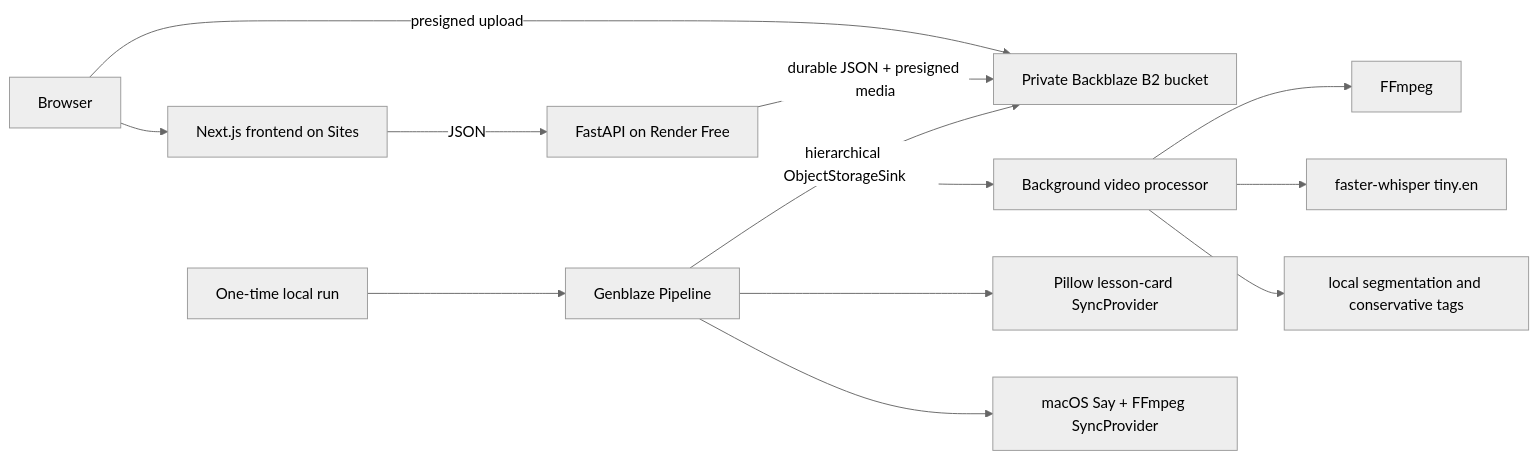
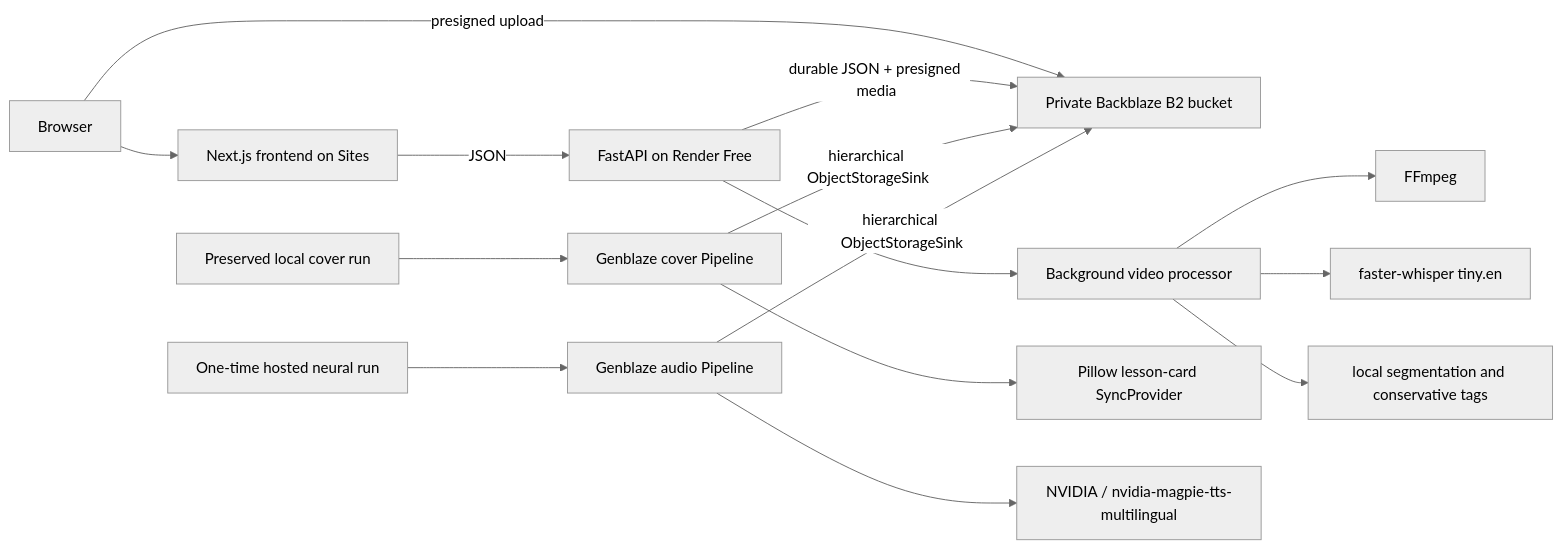
One commit to MarieChantal1998/AARchive changed the diagram in ARCHITECTURE.md. Above: the diagram before and after it, drawn with Mermaid (neutral theme). The commit also changed other lines of this file and 4 other files, not shown here.

Commit message:
Document verified NVIDIA neural narration

````diff
--- a/ARCHITECTURE.md
+++ b/ARCHITECTURE.md
@@ -3,15 +3,17 @@
 ```mermaid
 flowchart LR
     U["Browser"] --> F["Next.js frontend on Sites"]
     U -->|"presigned upload"| B2["Private Backblaze B2 bucket"]
     F -->|"JSON"| API["FastAPI on Render Free"]
     API -->|"durable JSON + presigned media"| B2
     API --> W["Background video processor"]
     W --> FF["FFmpeg"]
     W --> STT["faster-whisper tiny.en"]
     W --> LocalAnalysis["local segmentation and conservative tags"]
-    LocalRun["One-time local run"] --> G["Genblaze Pipeline"]
-    G --> IMG["Pillow lesson-card SyncProvider"]
-    G --> TTS["macOS Say + FFmpeg SyncProvider"]
-    G -->|"hierarchical ObjectStorageSink"| B2
+    LocalRun["Preserved local cover run"] --> CoverG["Genblaze cover Pipeline"]
+    CoverG --> IMG["Pillow lesson-card SyncProvider"]
+    HostedRun["One-time hosted neural run"] --> AudioG["Genblaze audio Pipeline"]
+    AudioG --> TTS["NVIDIA / nvidia-magpie-tts-multilingual"]
+    CoverG -->|"hierarchical ObjectStorageSink"| B2
+    AudioG -->|"hierarchical ObjectStorageSink"| B2
 ```
````
